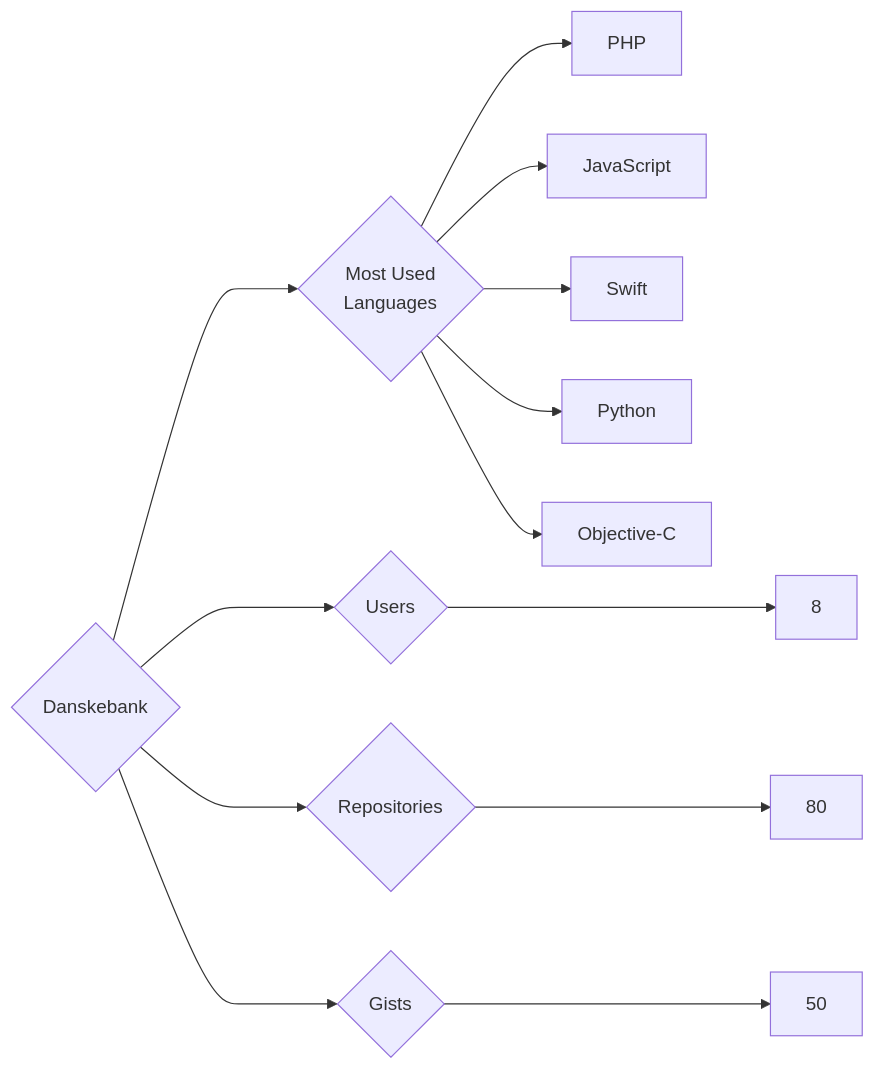
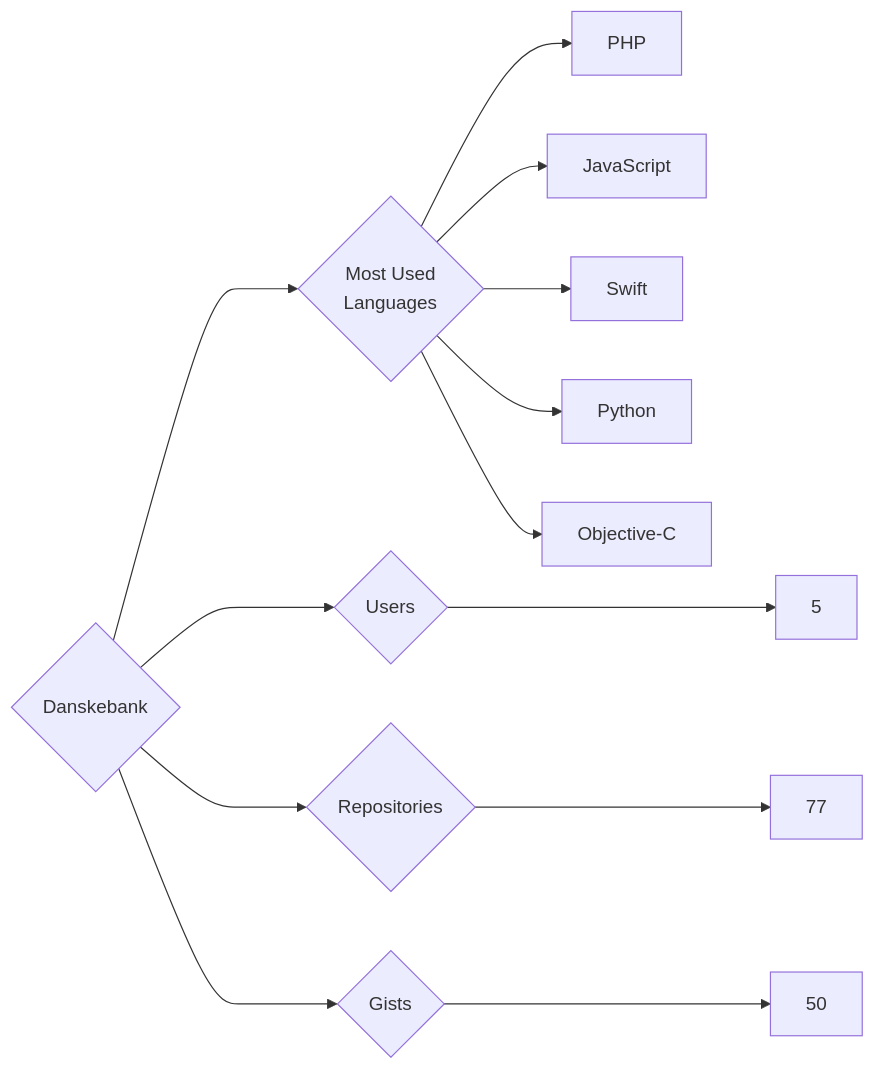
One commit to trickest/insiders changed the diagram in targets/Danskebank/README.md. Above: the diagram before and after it, drawn with Mermaid. The commit also changed 951 other files, not shown here.

````diff
--- a/targets/Danskebank/README.md
+++ b/targets/Danskebank/README.md
@@ -3,13 +3,13 @@
 ```mermaid
 graph LR
 COMPANY_NAME{Danskebank}
-COMPANY_NAME ---> U{Users} ---> UN[8]
-COMPANY_NAME ---> R{Repositories} ---> RN[80]
+COMPANY_NAME ---> U{Users} ---> UN[5]
+COMPANY_NAME ---> R{Repositories} ---> RN[77]
 COMPANY_NAME ---> G{Gists} ---> GN[50]
 COMPANY_NAME ---> ML{Most Used<br>Languages}
 ML --> PHP[PHP]
 ML --> JavaScript[JavaScript]
 ML --> Swift[Swift]
 ML --> Python[Python]
 ML --> Objective-C[Objective-C]
 ```
````
